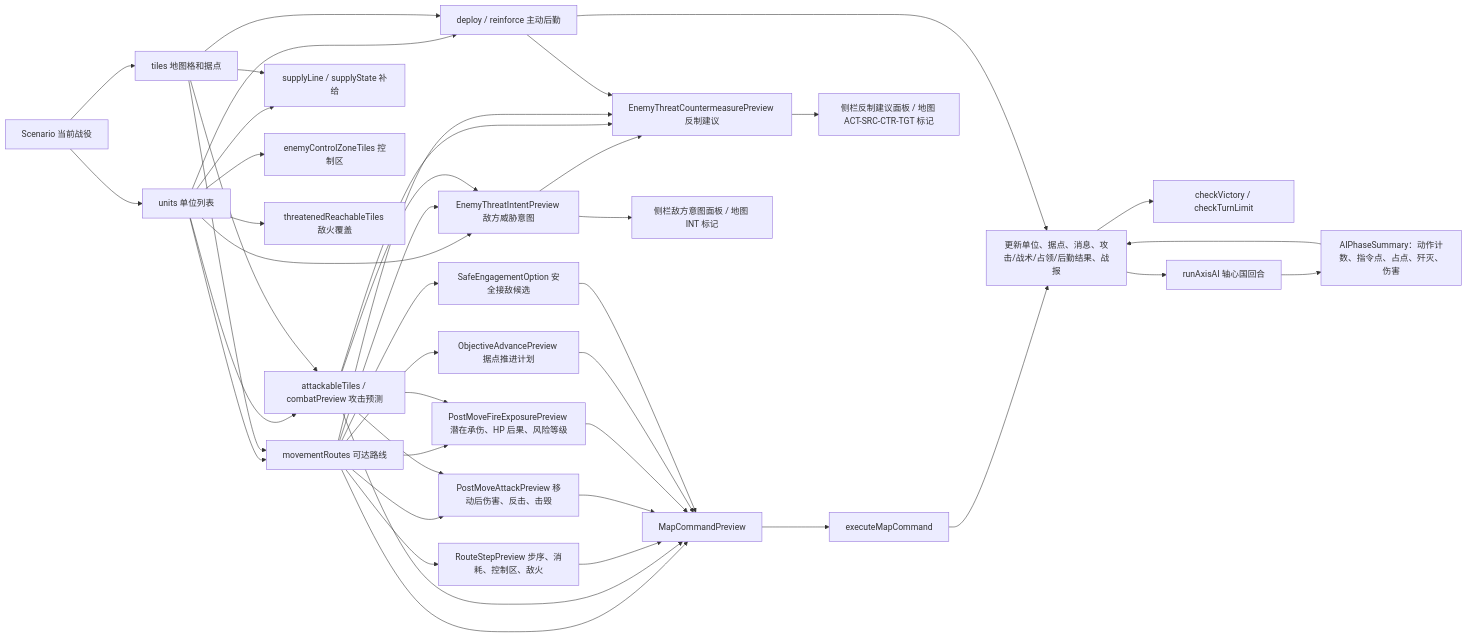
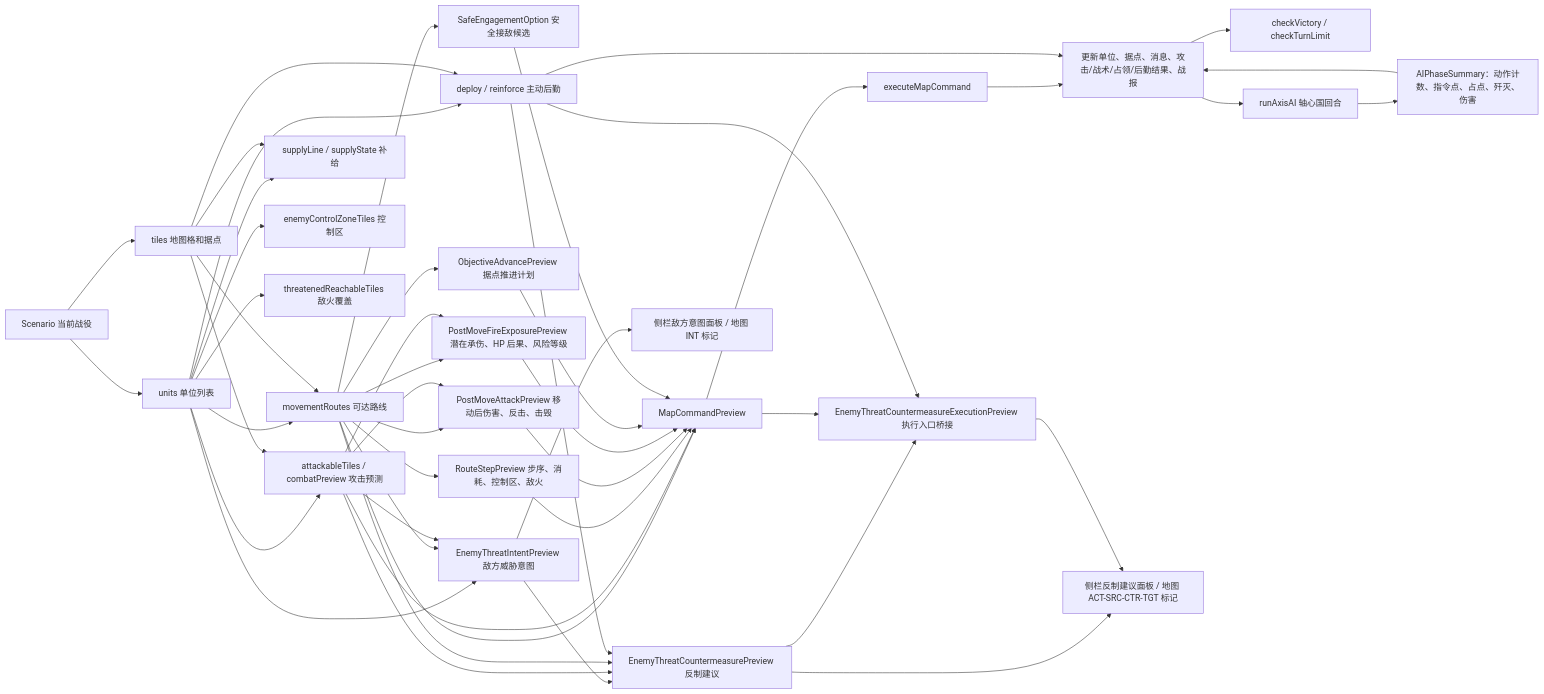
The third of 5 diagrams in md/flow/flowchart.md (Altman-sam114/116), drawn with Mermaid before and after one commit. The commit also changed other lines of this file and 10 other files, not shown here.

````diff
--- a/md/flow/flowchart.md
+++ b/md/flow/flowchart.md
@@ -59,45 +62,49 @@
 ```mermaid
 flowchart LR
   S["Scenario 当前战役"] --> U["units 单位列表"]
   S --> T["tiles 地图格和据点"]
   U --> MV["movementRoutes 可达路线"]
   T --> MV
   U --> AT["attackableTiles / combatPreview 攻击预测"]
   T --> AT
   U --> SUP["supplyLine / supplyState 补给"]
   T --> SUP
   U --> LOG["deploy / reinforce 主动后勤"]
   T --> LOG
   U --> ZOC["enemyControlZoneTiles 控制区"]
   U --> THR["threatenedReachableTiles 敌火覆盖"]
   U --> INT["EnemyThreatIntentPreview 敌方威胁意图"]
   INT --> CTR["EnemyThreatCountermeasurePreview 反制建议"]
+  CTR --> EBP["EnemyThreatCountermeasureExecutionPreview 执行入口桥接"]
   MV --> RP["RouteStepPreview 步序、消耗、控制区、敌火"]
   MV --> PM["PostMoveAttackPreview 移动后伤害、反击、击毁"]
   MV --> FP["PostMoveFireExposurePreview 潜在承伤、HP 后果、风险等级"]
   MV --> OP["ObjectiveAdvancePreview 据点推进计划"]
   MV --> SE["SafeEngagementOption 安全接敌候选"]
   MV --> INT
   AT --> PM
   AT --> FP
   AT --> INT
   AT --> CTR
   MV --> CTR
   LOG --> CTR
+  CMD --> EBP
+  LOG --> EBP
   MV --> CMD["MapCommandPreview"]
   AT --> CMD
   RP --> CMD
   PM --> CMD
   FP --> CMD
   OP --> CMD
   SE --> CMD
   CMD --> EX["executeMapCommand"]
   EX --> RES["更新单位、据点、消息、攻击/战术/占领/后勤结果、战报"]
   LOG --> RES
   RES --> WIN["checkVictory / checkTurnLimit"]
   RES --> AI["runAxisAI 轴心国回合"]
   AI --> AIS["AIPhaseSummary：动作计数、指令点、占点、歼灭、伤害"]
   AIS --> RES
   INT --> UI["侧栏敌方意图面板 / 地图 INT 标记"]
   CTR --> UI2["侧栏反制建议面板 / 地图 ACT-SRC-CTR-TGT 标记"]
+  EBP --> UI2
 ```
````
